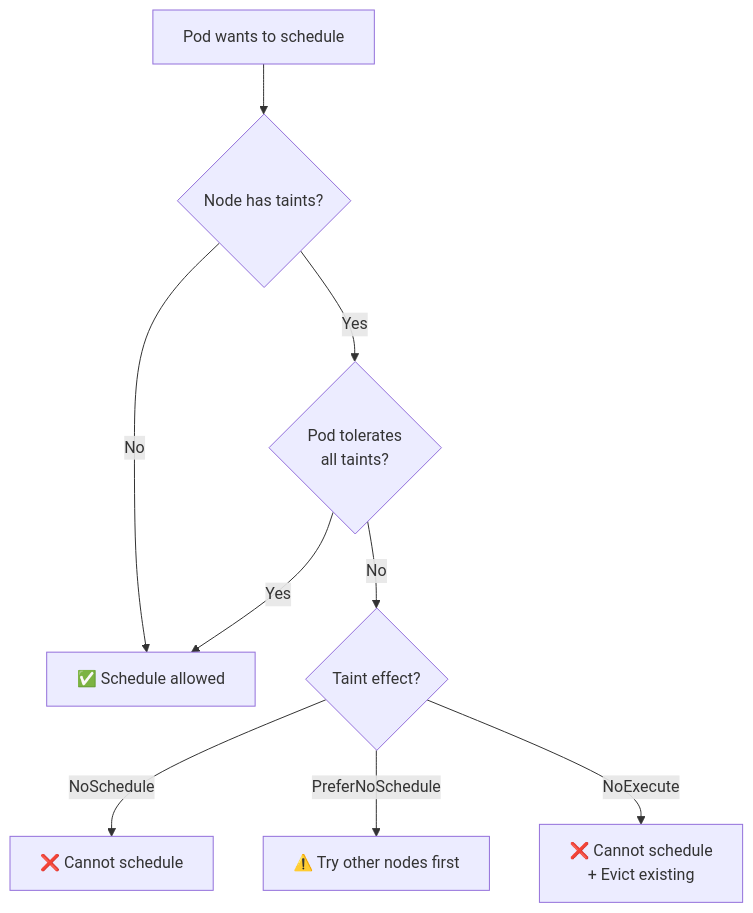
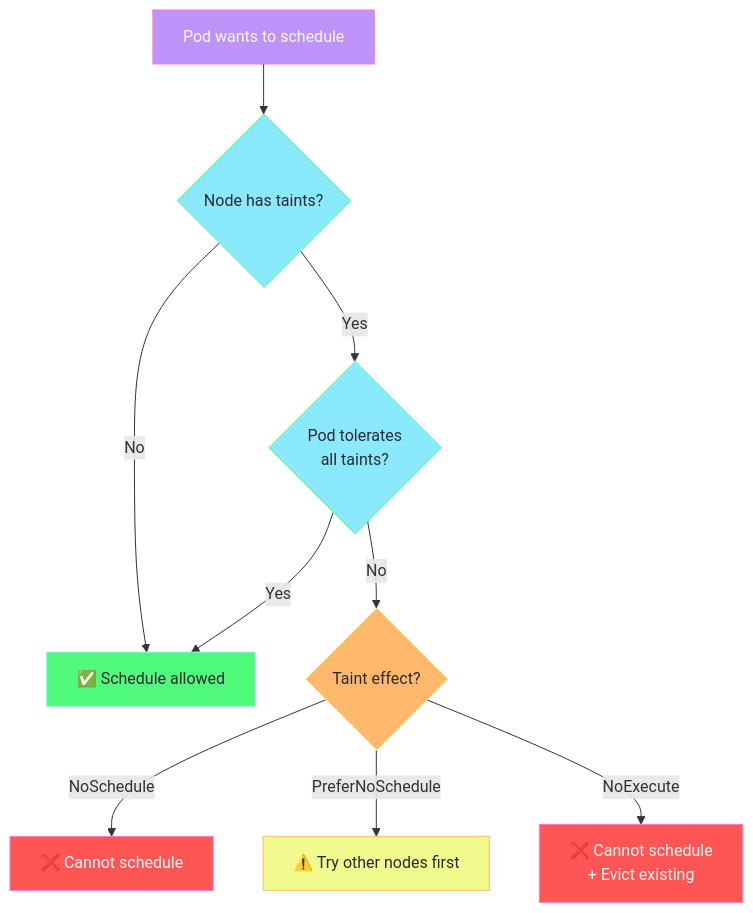
One commit to selvakumarperumal/k8s_minikube_learn changed the third of 3 diagrams in Workload_and_Application_Management/taints-tolerations-explained.md. Above: the diagram before and after it, drawn with Mermaid. The commit also changed other lines of this file, not shown here.

Commit message:
style: update Mermaid diagrams to use Dracula theme colors

````diff
--- a/Workload_and_Application_Management/taints-tolerations-explained.md
+++ b/Workload_and_Application_Management/taints-tolerations-explained.md
@@ -117,11 +124,20 @@
 ```mermaid
 flowchart TD
     Start["Pod wants to schedule"] --> Check{"Node has taints?"}
     Check -->|No| Allow["✅ Schedule allowed"]
     Check -->|Yes| Match{"Pod tolerates<br/>all taints?"}
     Match -->|Yes| Allow
     Match -->|No| Effect{"Taint effect?"}
     Effect -->|NoSchedule| Block["❌ Cannot schedule"]
     Effect -->|PreferNoSchedule| Prefer["⚠️ Try other nodes first"]
     Effect -->|NoExecute| Evict["❌ Cannot schedule<br/>+ Evict existing"]
+    
+    style Start fill:#bd93f9,stroke:#ff79c6,color:#f8f8f2
+    style Check fill:#8be9fd,stroke:#50fa7b,color:#282a36
+    style Match fill:#8be9fd,stroke:#50fa7b,color:#282a36
+    style Effect fill:#ffb86c,stroke:#f1fa8c,color:#282a36
+    style Allow fill:#50fa7b,stroke:#8be9fd,color:#282a36
+    style Block fill:#ff5555,stroke:#ff79c6,color:#f8f8f2
+    style Prefer fill:#f1fa8c,stroke:#ffb86c,color:#282a36
+    style Evict fill:#ff5555,stroke:#ff79c6,color:#f8f8f2
 ```
````
